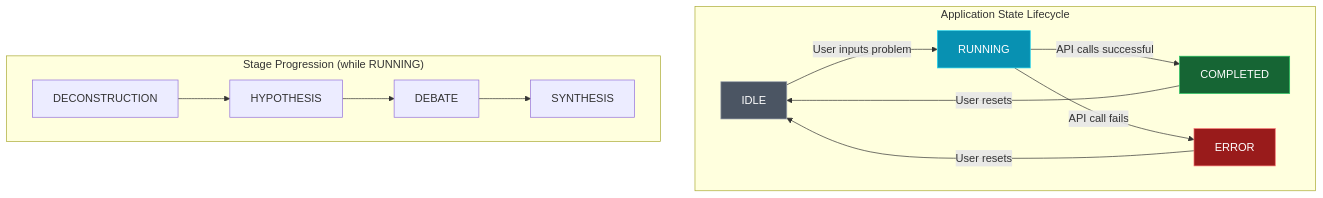
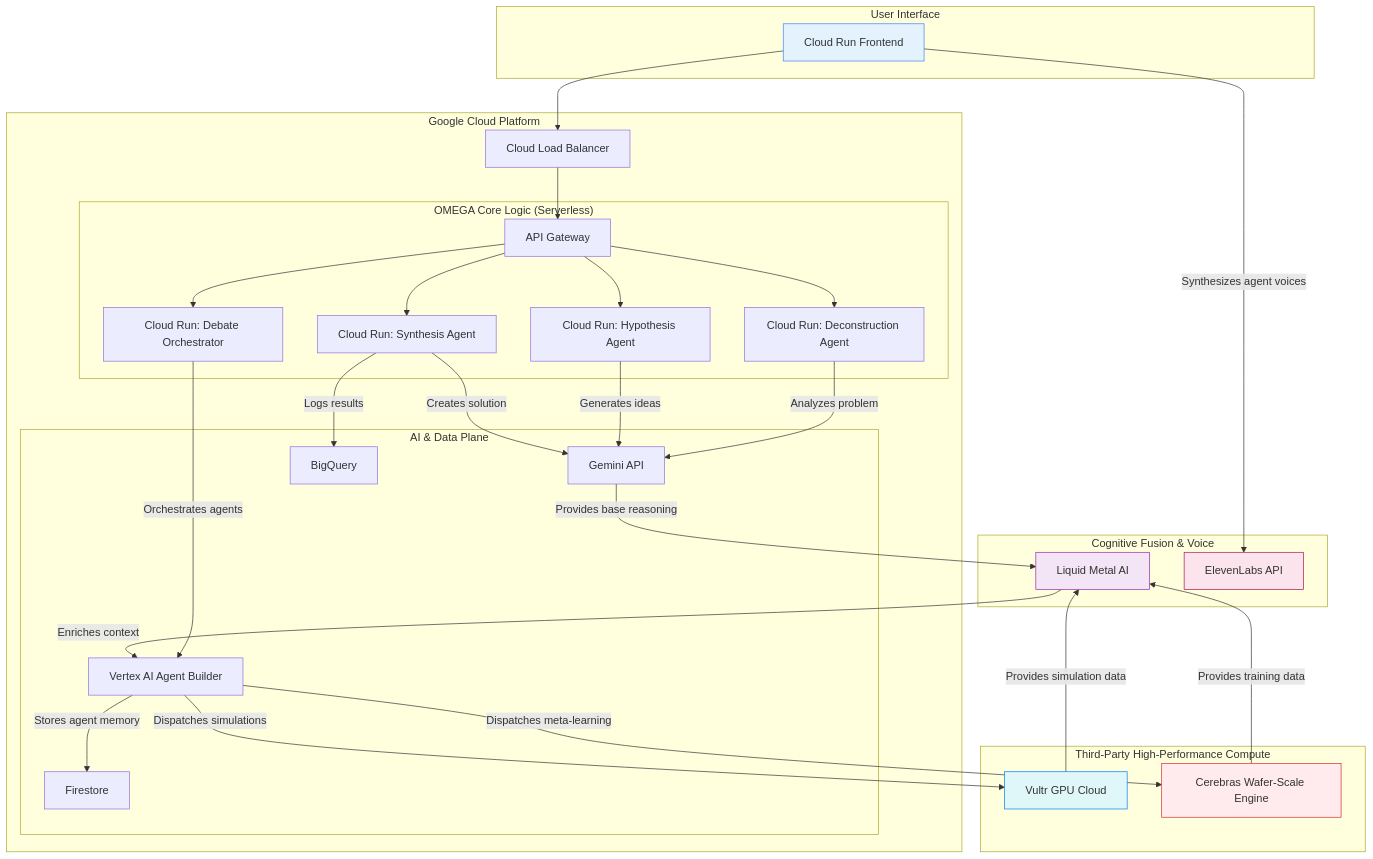
Before and after one commit to senushidinara/Omega-ai: the second of 4 diagrams in README.md, drawn with Mermaid. The commit also changed other lines of this file, not shown here.

````diff
--- a/README.md
+++ b/README.md
@@ -106,22 +156,46 @@
 ```mermaid
 graph TD
-    subgraph "Application State Lifecycle"
-        IDLE -- "User inputs problem" --> RUNNING;
-        RUNNING -- "API calls successful" --> COMPLETED;
-        RUNNING -- "API call fails" --> ERROR;
-        COMPLETED -- "User resets" --> IDLE;
-        ERROR -- "User resets" --> IDLE;
+    subgraph "User Interface"
+        UI[Cloud Run Frontend]
     end
 
-    subgraph "Stage Progression (while RUNNING)"
-        direction LR
-        S1[DECONSTRUCTION] --> S2[HYPOTHESIS];
-        S2 --> S3[DEBATE];
-        S3 --> S4[SYNTHESIS];
+    subgraph "Google Cloud Platform"
+        UI --> LB[Cloud Load Balancer]
+        LB --> API[API Gateway]
+
+        subgraph "OMEGA Core Logic (Serverless)"
+            API --> Deconstruct[Cloud Run: Deconstruction Agent]
+            API --> Hypothesize[Cloud Run: Hypothesis Agent]
+            API --> Debate[Cloud Run: Debate Orchestrator]
+            API --> Synthesize[Cloud Run: Synthesis Agent]
+        end
+
+        subgraph "AI & Data Plane"
+            Deconstruct -- "Analyzes problem" --> Gemini[Gemini API]
+            Hypothesize -- "Generates ideas" --> Gemini
+            Debate -- "Orchestrates agents" --> VertexAI[Vertex AI Agent Builder]
+            Synthesize -- "Creates solution" --> Gemini
+            VertexAI -- "Stores agent memory" --> Firestore[Firestore]
+            Synthesize -- "Logs results" --> BigQuery[BigQuery]
+        end
     end
 
-    style IDLE fill:#4b5563,stroke:#9ca3af,color:#fff
-    style RUNNING fill:#0891b2,stroke:#22d3ee,color:#fff
-    style COMPLETED fill:#166534,stroke:#22c55e,color:#fff
-    style ERROR fill:#991b1b,stroke:#f87171,color:#fff
+    subgraph "Third-Party High-Performance Compute"
+        VertexAI -- "Dispatches simulations" --> Vultr[Vultr GPU Cloud]
+        VertexAI -- "Dispatches meta-learning" --> Cerebras[Cerebras Wafer-Scale Engine]
+    end
+
+    subgraph "Cognitive Fusion & Voice"
+        Gemini -- "Provides base reasoning" --> LiquidMetal[Liquid Metal AI]
+        Vultr -- "Provides simulation data" --> LiquidMetal
+        Cerebras -- "Provides training data" --> LiquidMetal
+        LiquidMetal -- "Enriches context" --> VertexAI
+        UI -- "Synthesizes agent voices" --> ElevenLabs[ElevenLabs API]
+    end
+
+    style UI fill:#e3f2fd,stroke:#4285F4
+    style Vultr fill:#e0f7fa,stroke:#007BFF
+    style Cerebras fill:#ffebee,stroke:#d32f2f
+    style LiquidMetal fill:#f3e5f5,stroke:#9C27B0
+    style ElevenLabs fill:#fce4ec,stroke:#AD1457
 ```
````
